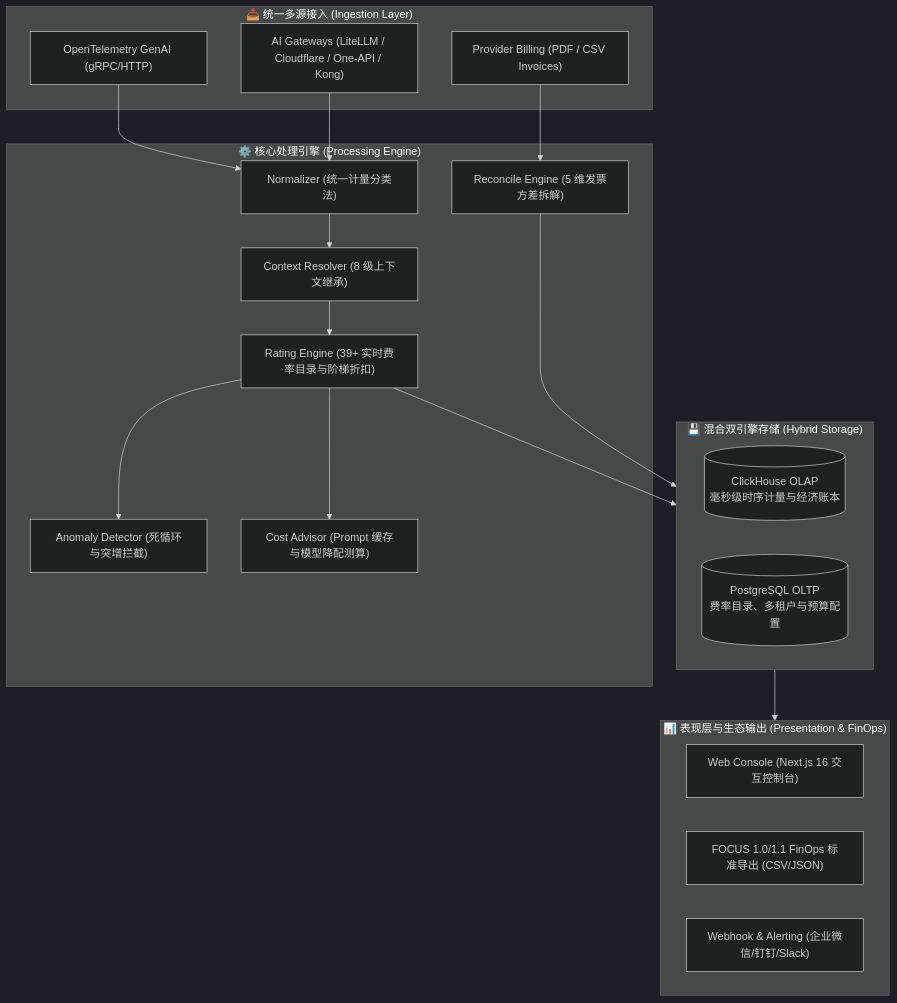
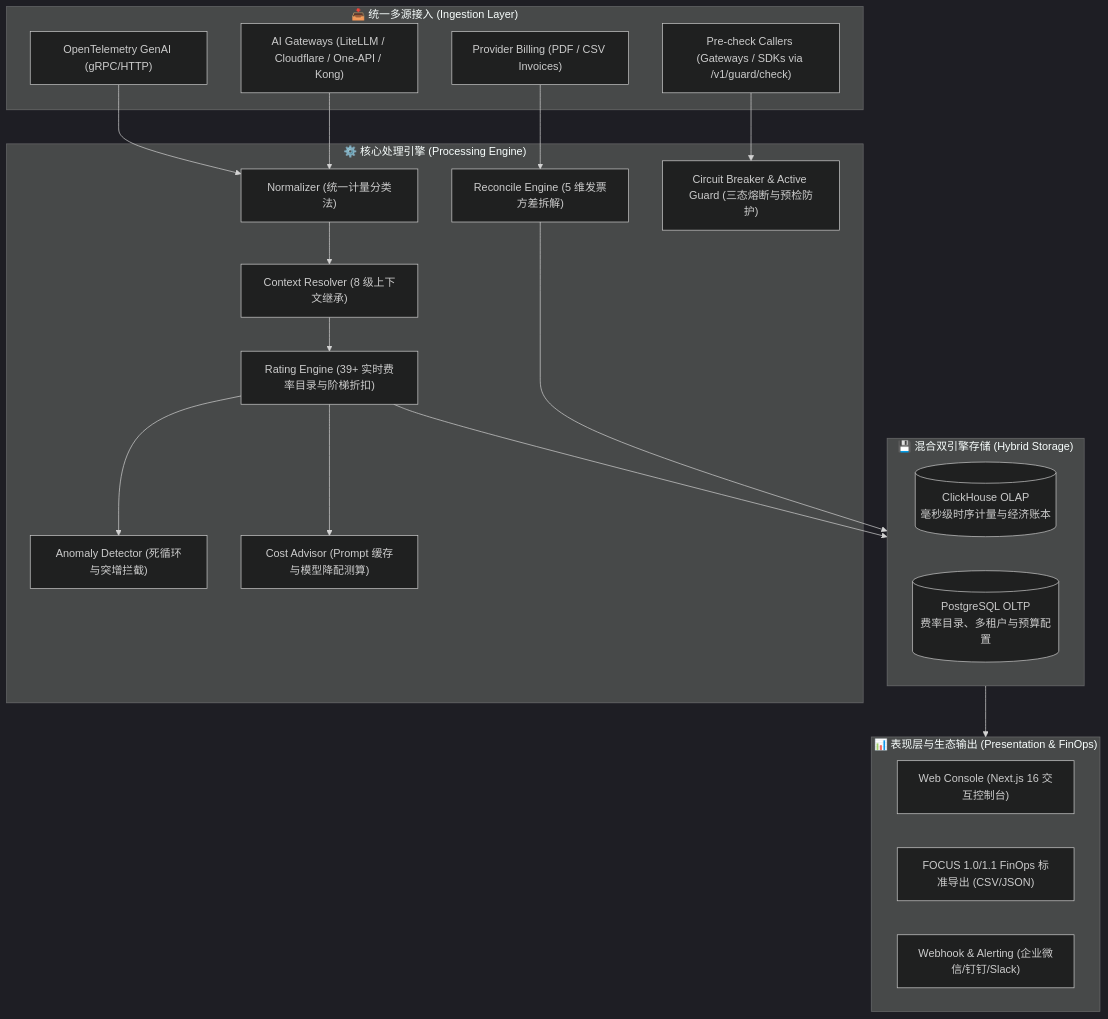
The diagram in README.md (corlin/AIMeter), drawn with Mermaid (dark theme) before and after one commit. The commit also changed other lines of this file and 12 other files, not shown here.

Commit message:
feat(phase-4): implement Active Guard pre-check engine, three-state circuit breaker, and Web console management center

````diff
--- a/README.md
+++ b/README.md
@@ -32,33 +33,36 @@
 ```mermaid
 flowchart TD
     subgraph Sources["📥 统一多源接入 (Ingestion Layer)"]
         A1["OpenTelemetry GenAI (gRPC/HTTP)"]
         A2["AI Gateways (LiteLLM / Cloudflare / One-API / Kong)"]
         A3["Provider Billing (PDF / CSV Invoices)"]
+        A4["Pre-check Callers (Gateways / SDKs via /v1/guard/check)"]
     end
 
     subgraph Processing["⚙️ 核心处理引擎 (Processing Engine)"]
         B1["Normalizer (统一计量分类法)"]
         B2["Context Resolver (8 级上下文继承)"]
         B3["Rating Engine (39+ 实时费率目录与阶梯折扣)"]
         B4["Anomaly Detector (死循环与突增拦截)"]
         B5["Cost Advisor (Prompt 缓存与模型降配测算)"]
         B6["Reconcile Engine (5 维发票方差拆解)"]
+        B7["Circuit Breaker & Active Guard (三态熔断与预检防护)"]
     end
 
     subgraph Storage["💾 混合双引擎存储 (Hybrid Storage)"]
         C1[("ClickHouse OLAP<br>毫秒级时序计量与经济账本")]
         C2[("PostgreSQL OLTP<br>费率目录、多租户与预算配置")]
     end
 
     subgraph Presentation["📊 表现层与生态输出 (Presentation & FinOps)"]
         D1["Web Console (Next.js 16 交互控制台)"]
         D2["FOCUS 1.0/1.1 FinOps 标准导出 (CSV/JSON)"]
         D3["Webhook & Alerting (企业微信/钉钉/Slack)"]
     end
 
     A1 & A2 --> B1 --> B2 --> B3 --> Storage
+    A4 --> B7
     B3 --> B4 & B5
     A3 --> B6 --> Storage
     Storage --> Presentation
 ```
````
